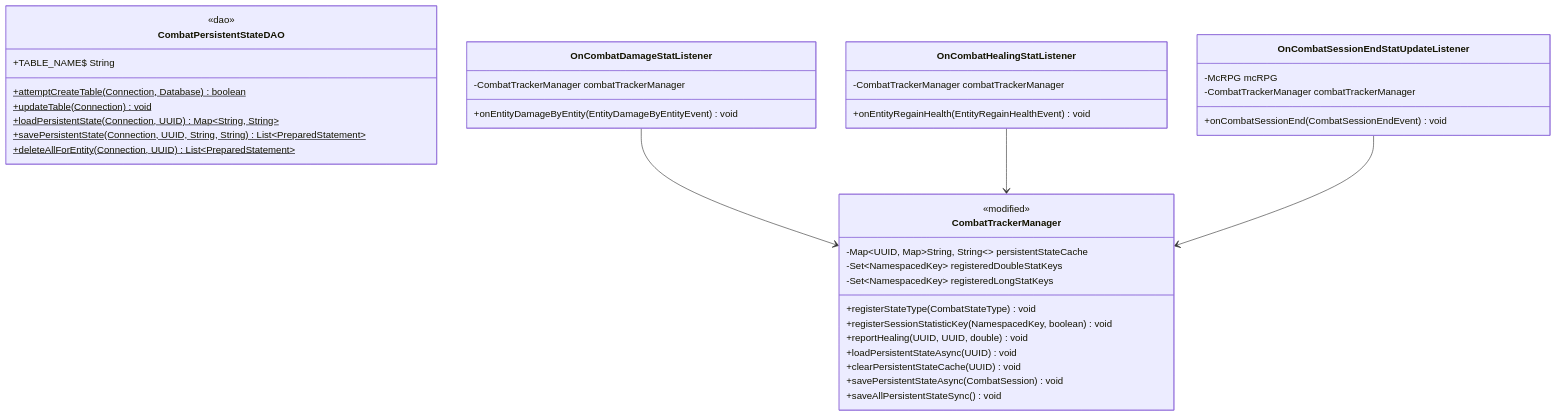
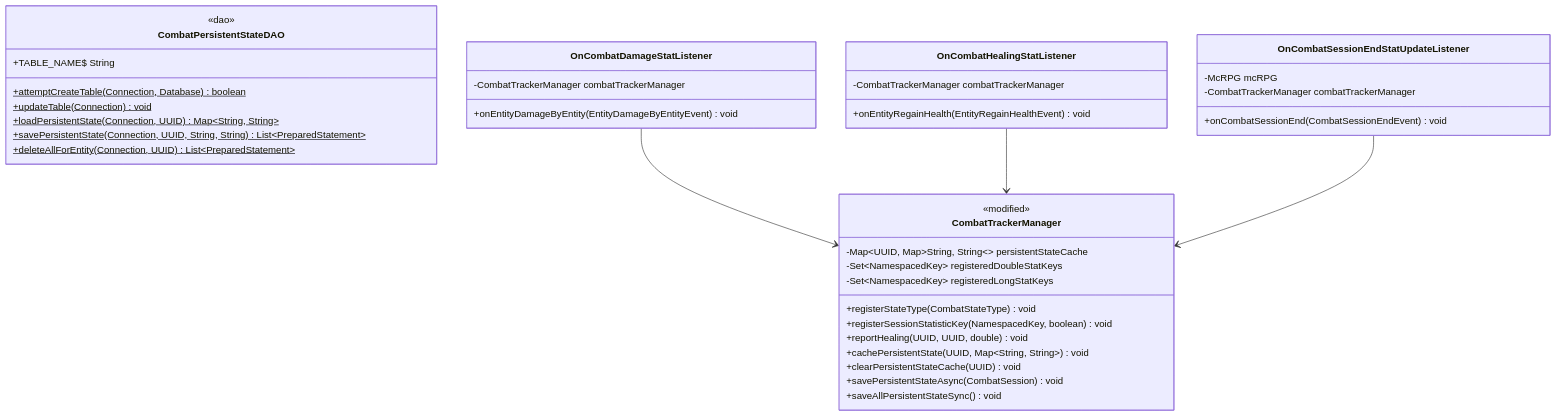
The sixth of 6 diagrams in docs/lld/combat-tracker/phase-2-combat-state-and-statistics-platform.md (DiamondDagger590/McRPG), drawn with Mermaid before and after one commit. The commit also changed other lines of this file, not shown here.

````diff
--- a/docs/lld/combat-tracker/phase-2-combat-state-and-statistics-platform.md
+++ b/docs/lld/combat-tracker/phase-2-combat-state-and-statistics-platform.md
@@ -284,46 +285,46 @@
 ```mermaid
 classDiagram
     class CombatPersistentStateDAO {
         <<dao>>
         +TABLE_NAME$ String
         +attemptCreateTable(Connection, Database)$ boolean
         +updateTable(Connection)$ void
         +loadPersistentState(Connection, UUID)$ Map~String, String~
         +savePersistentState(Connection, UUID, String, String)$ List~PreparedStatement~
         +deleteAllForEntity(Connection, UUID)$ List~PreparedStatement~
     }
 
     class OnCombatDamageStatListener {
         -CombatTrackerManager combatTrackerManager
         +onEntityDamageByEntity(EntityDamageByEntityEvent) void
     }
 
     class OnCombatHealingStatListener {
         -CombatTrackerManager combatTrackerManager
         +onEntityRegainHealth(EntityRegainHealthEvent) void
     }
 
     class OnCombatSessionEndStatUpdateListener {
         -McRPG mcRPG
         -CombatTrackerManager combatTrackerManager
         +onCombatSessionEnd(CombatSessionEndEvent) void
     }
 
     class CombatTrackerManager {
         <<modified>>
         -Map~UUID, Map~String, String~~ persistentStateCache
         -Set~NamespacedKey~ registeredDoubleStatKeys
         -Set~NamespacedKey~ registeredLongStatKeys
         +registerStateType(CombatStateType) void
         +registerSessionStatisticKey(NamespacedKey, boolean) void
         +reportHealing(UUID, UUID, double) void
-        +loadPersistentStateAsync(UUID) void
+        +cachePersistentState(UUID, Map~String, String~) void
         +clearPersistentStateCache(UUID) void
         +savePersistentStateAsync(CombatSession) void
         +saveAllPersistentStateSync() void
     }
 
     OnCombatDamageStatListener --> CombatTrackerManager
     OnCombatHealingStatListener --> CombatTrackerManager
     OnCombatSessionEndStatUpdateListener --> CombatTrackerManager
 ```
````
